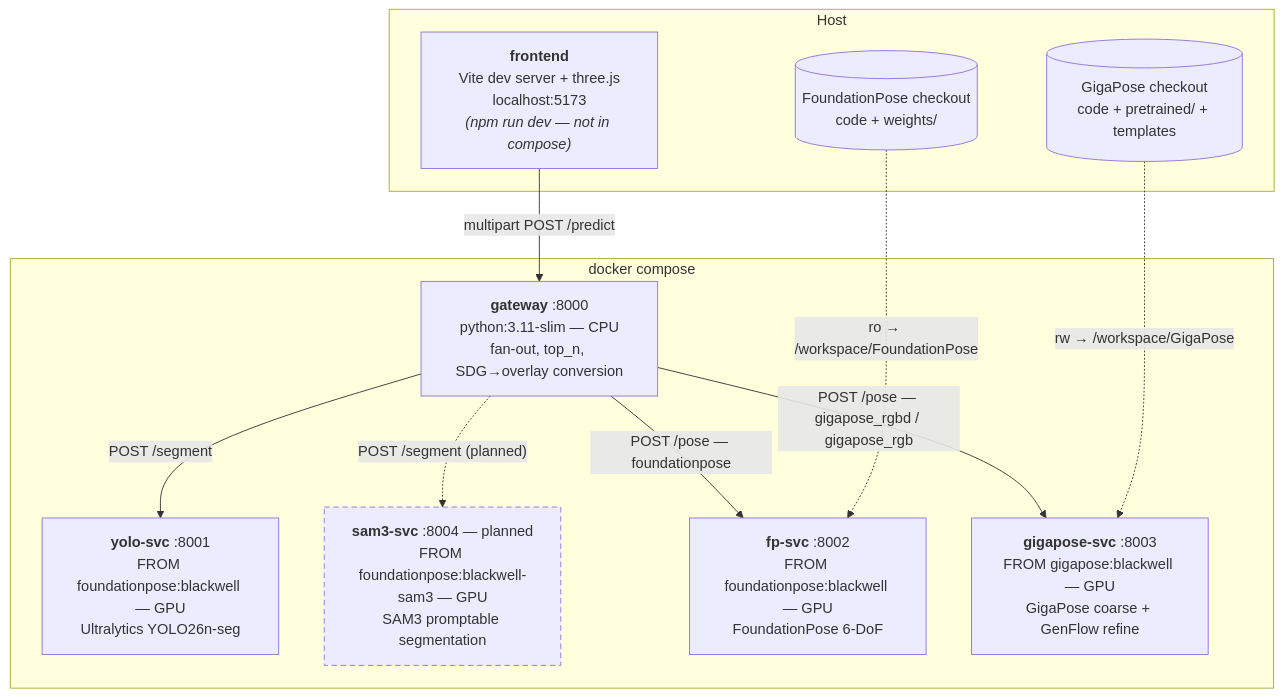
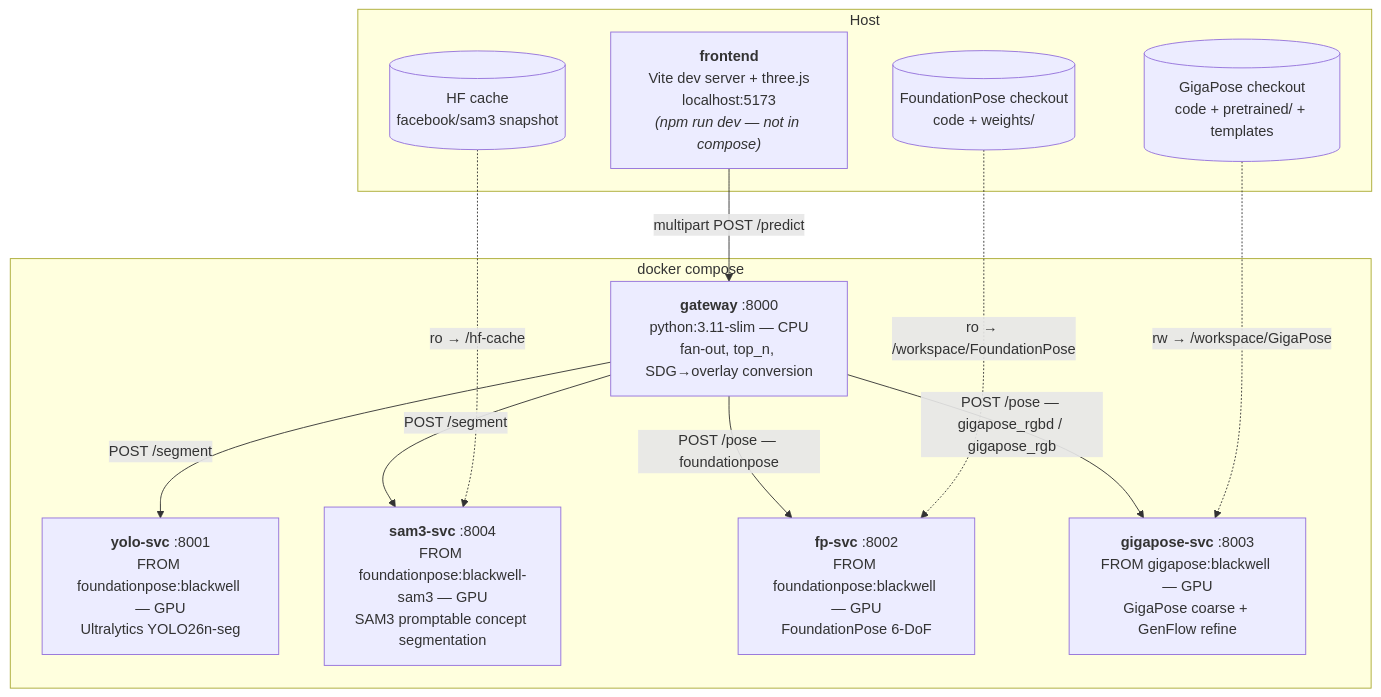
Before and after one commit to yannicd03/kip-pose-detection: the diagram in README.md, drawn with Mermaid. The commit also changed other lines of this file and 7 other files, not shown here.

First line of the commit message:
Add sam3-svc: SAM3 promptable concept segmentation as alternative seg source

````diff
--- a/README.md
+++ b/README.md
@@ -31,26 +39,26 @@
 ```mermaid
 flowchart TD
     subgraph host["Host"]
         FE["<b>frontend</b><br/>Vite dev server + three.js<br/>localhost:5173<br/><i>(npm run dev — not in compose)</i>"]
         FPREPO[("FoundationPose checkout<br/>code + weights/")]
         GPREPO[("GigaPose checkout<br/>code + pretrained/ + templates")]
+        HFCACHE[("HF cache<br/>facebook/sam3 snapshot")]
     end
 
     subgraph compose["docker compose"]
         GW["<b>gateway</b> :8000<br/>python:3.11-slim — CPU<br/>fan-out, top_n, SDG→overlay conversion"]
         YOLO["<b>yolo-svc</b> :8001<br/>FROM foundationpose:blackwell — GPU<br/>Ultralytics YOLO26n-seg"]
-        SAM3["<b>sam3-svc</b> :8004 — planned<br/>FROM foundationpose:blackwell-sam3 — GPU<br/>SAM3 promptable segmentation"]
+        SAM3["<b>sam3-svc</b> :8004<br/>FROM foundationpose:blackwell-sam3 — GPU<br/>SAM3 promptable concept segmentation"]
         FP["<b>fp-svc</b> :8002<br/>FROM foundationpose:blackwell — GPU<br/>FoundationPose 6-DoF"]
         GP["<b>gigapose-svc</b> :8003<br/>FROM gigapose:blackwell — GPU<br/>GigaPose coarse + GenFlow refine"]
     end
 
     FE -->|"multipart POST /predict"| GW
     GW -->|"POST /segment"| YOLO
-    GW -.->|"POST /segment (planned)"| SAM3
+    GW -->|"POST /segment"| SAM3
     GW -->|"POST /pose — foundationpose"| FP
     GW -->|"POST /pose — gigapose_rgbd / gigapose_rgb"| GP
     FPREPO -.->|"ro → /workspace/FoundationPose"| FP
     GPREPO -.->|"rw → /workspace/GigaPose"| GP
-
-    style SAM3 stroke-dasharray: 6 4
+    HFCACHE -.->|"ro → /hf-cache"| SAM3
 ```
````
